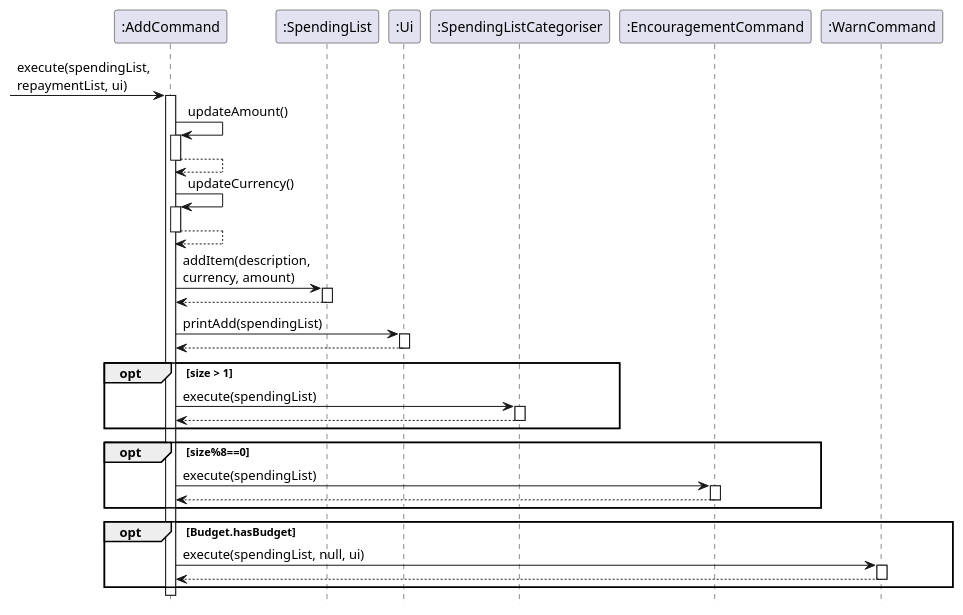
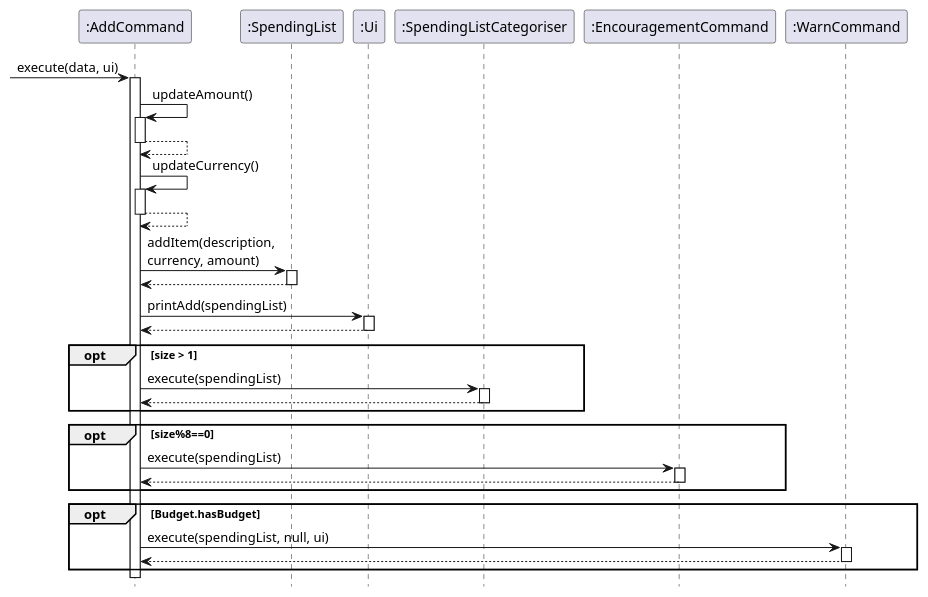
Before and after one commit to xieyaoyue/tp: the diagram in src/uml/sequence diagrams/AddCommand.puml, drawn with PlantUML. The commit also changed 35 other files, not shown here.

```diff
--- a/src/uml/sequence diagrams/AddCommand.puml
+++ b/src/uml/sequence diagrams/AddCommand.puml
@@ -1,39 +1,39 @@
 @startuml
 hide footbox
-->":AddCommand":execute(spendingList, \nrepaymentList, ui)
+->":AddCommand":execute(data, ui)
 activate ":AddCommand"
 ":AddCommand" -> ":AddCommand": updateAmount()
 activate ":AddCommand"
 ":AddCommand" --> ":AddCommand"
 deactivate ":AddCommand"
 ":AddCommand" -> ":AddCommand": updateCurrency()
 activate ":AddCommand"
 ":AddCommand" --> ":AddCommand"
 deactivate ":AddCommand"
 ":AddCommand" -> ":SpendingList": addItem(description,\ncurrency, amount)
 activate ":SpendingList"
 ":SpendingList" --> ":AddCommand"
 deactivate ":SpendingList"
 ":AddCommand" -> ":Ui": printAdd(spendingList)
 activate ":Ui"
 ":Ui" --> ":AddCommand"
 deactivate ":Ui"
 opt size > 1
 ":AddCommand" -> ":SpendingListCategoriser": execute(spendingList)
 activate ":SpendingListCategoriser"
 ":SpendingListCategoriser" --> ":AddCommand"
 deactivate ":SpendingListCategoriser"
 end
 opt size%8==0
 ":AddCommand" -> ":EncouragementCommand": execute(spendingList)
 activate ":EncouragementCommand"
 ":EncouragementCommand" --> ":AddCommand"
 deactivate ":EncouragementCommand"
 end
 opt Budget.hasBudget
 ":AddCommand" -> ":WarnCommand": execute(spendingList, null, ui)
 activate ":WarnCommand"
 ":WarnCommand" --> ":AddCommand"
 deactivate ":WarnCommand"
 end
 @enduml
```
